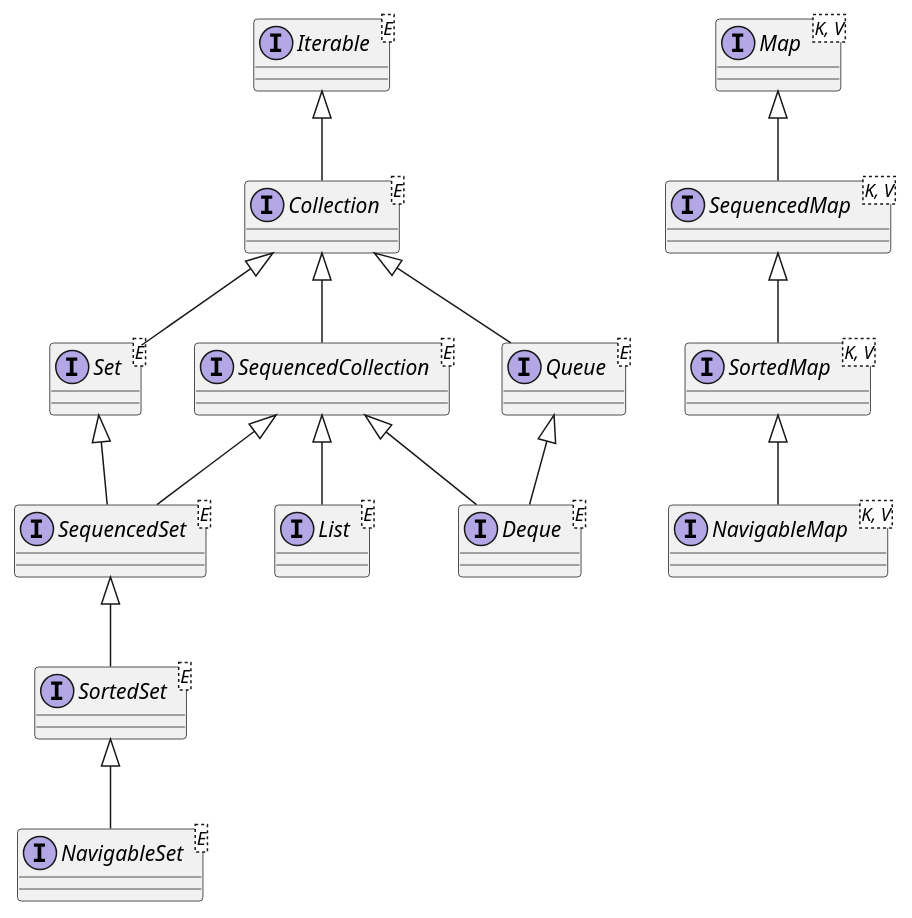
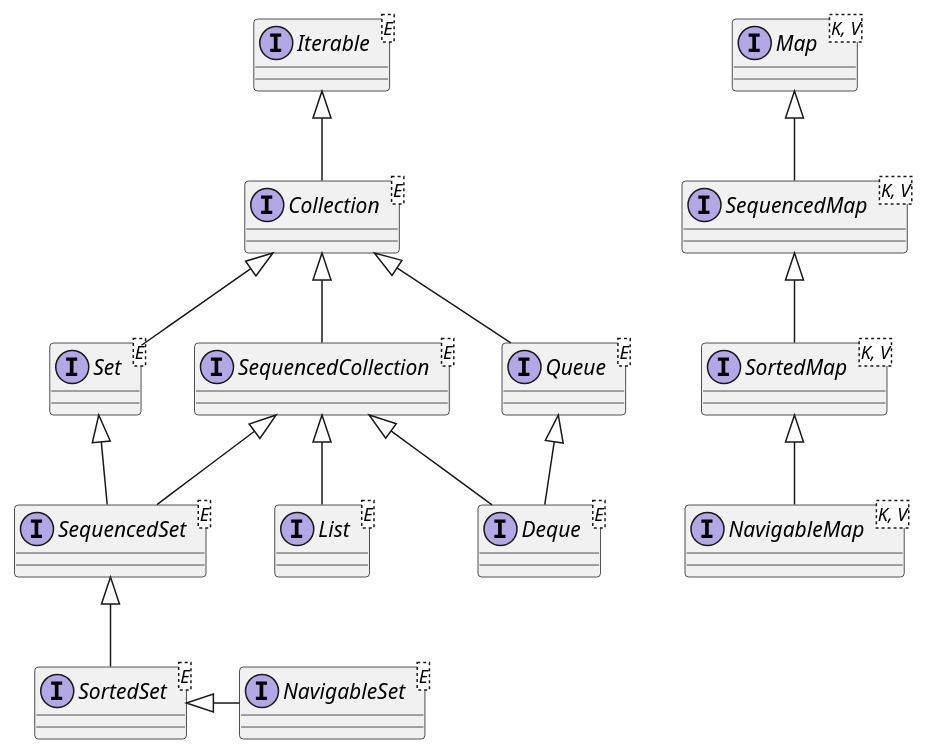
One commit to fabriciosantana/idp-marp-slides changed the diagram in subjects/poo/code/11-interfaces.puml. Above: the diagram before and after it, drawn with PlantUML. The commit also changed 1 other file, not shown here.

Commit message:
ajuste no diagrama

```diff
--- a/subjects/poo/code/11-interfaces.puml
+++ b/subjects/poo/code/11-interfaces.puml
@@ -1,41 +1,41 @@
 @startuml
 skinparam classAttributeIconSize 0
 
 interface Iterable<E>
 interface Collection<E>
 interface SequencedCollection<E>
 
 interface List<E>
 interface Set<E>
 interface SequencedSet<E>
 interface SortedSet<E>
 interface NavigableSet<E>
 
 interface Queue<E>
 interface Deque<E>
 
 interface Map<K, V>
 interface SequencedMap<K, V>
 interface SortedMap<K, V>
 interface NavigableMap<K, V>
 
 Iterable <|-- Collection
 
 Collection <|-- SequencedCollection
 SequencedCollection <|-- List
 
 Collection <|-- Set
 Set <|-- SequencedSet
 SequencedCollection <|-- SequencedSet
 SequencedSet <|-- SortedSet
-SortedSet <|-- NavigableSet
+SortedSet <|-right- NavigableSet
 
 Collection <|-- Queue
 Queue <|-- Deque
 SequencedCollection <|-- Deque
 
 Map <|-- SequencedMap
 SequencedMap <|-- SortedMap
 SortedMap <|-- NavigableMap
 
 @enduml
```
